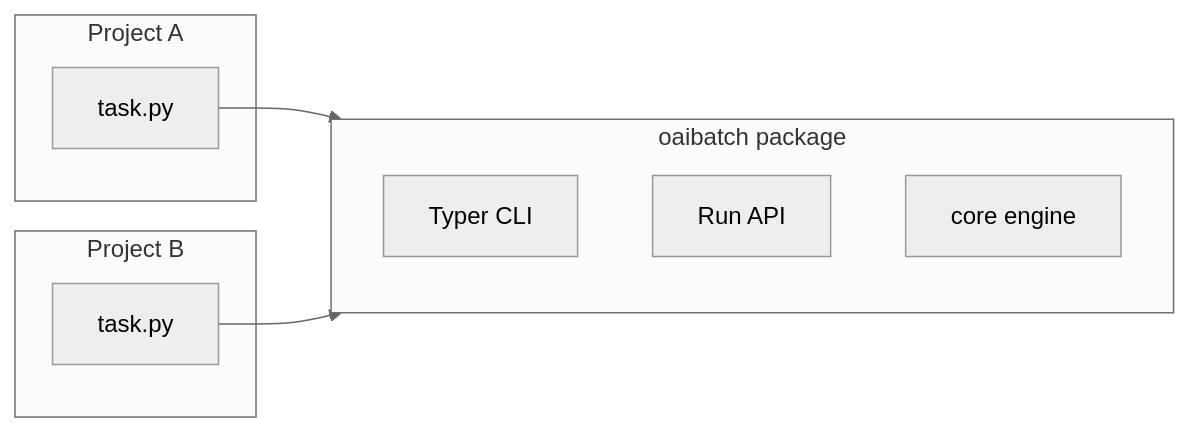
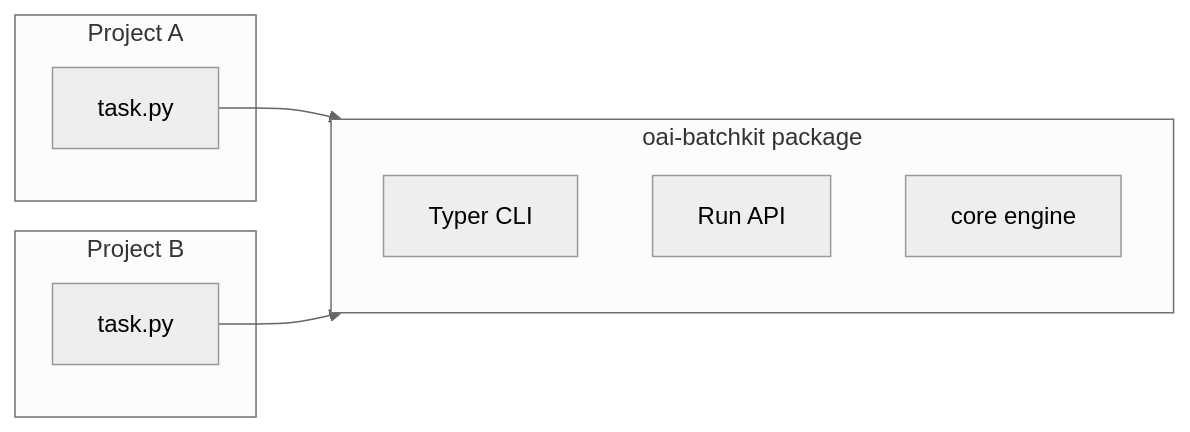
Before and after one commit to k-hanafi/oai-batchkit: the second of 4 diagrams in README.md, drawn with Mermaid (neutral theme). The commit also changed other lines of this file and 32 other files, not shown here.

First line of the commit message:
Rename package: oaibatch -> oai-batchkit

````diff
--- a/README.md
+++ b/README.md
@@ -43,16 +43,16 @@
 ```mermaid
 flowchart LR
-    subgraph oai [oaibatch package]
+    subgraph oai [oai-batchkit package]
         cli[Typer CLI]
         api[Run API]
         engine[core engine]
     end
     subgraph projA [Project A]
         a_task[task.py]
     end
     subgraph projB [Project B]
         b_task[task.py]
     end
     a_task --> oai
     b_task --> oai
 ```
````
